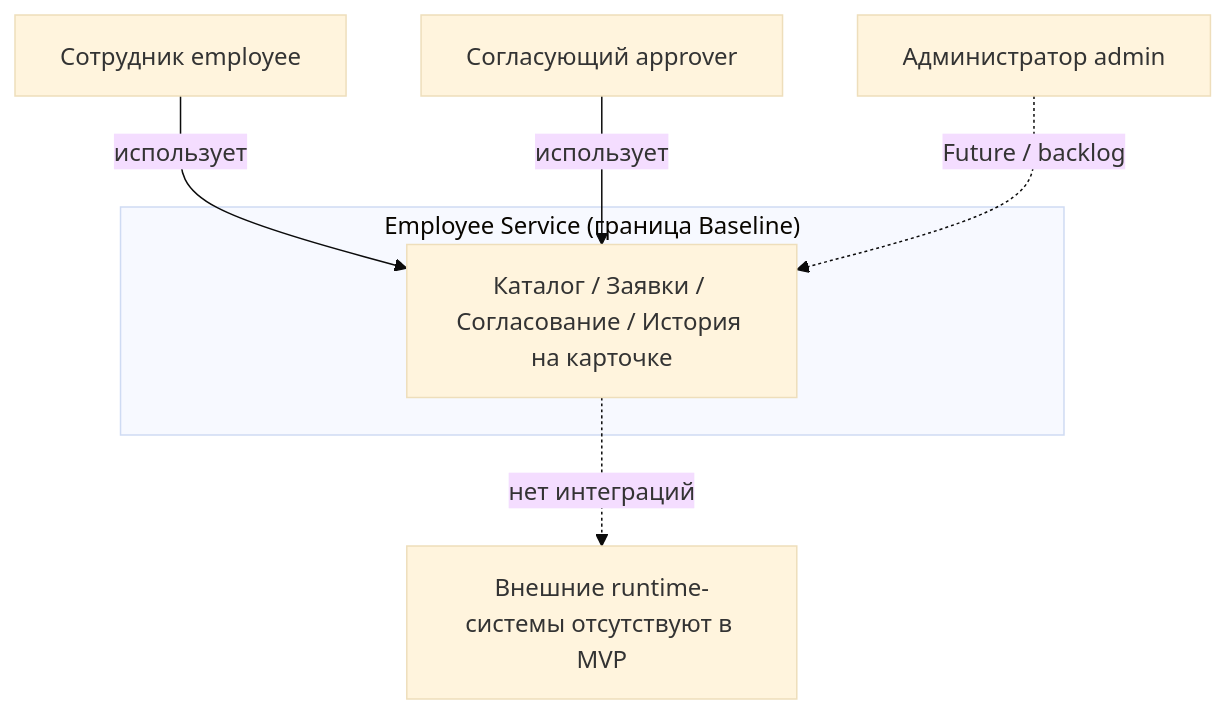
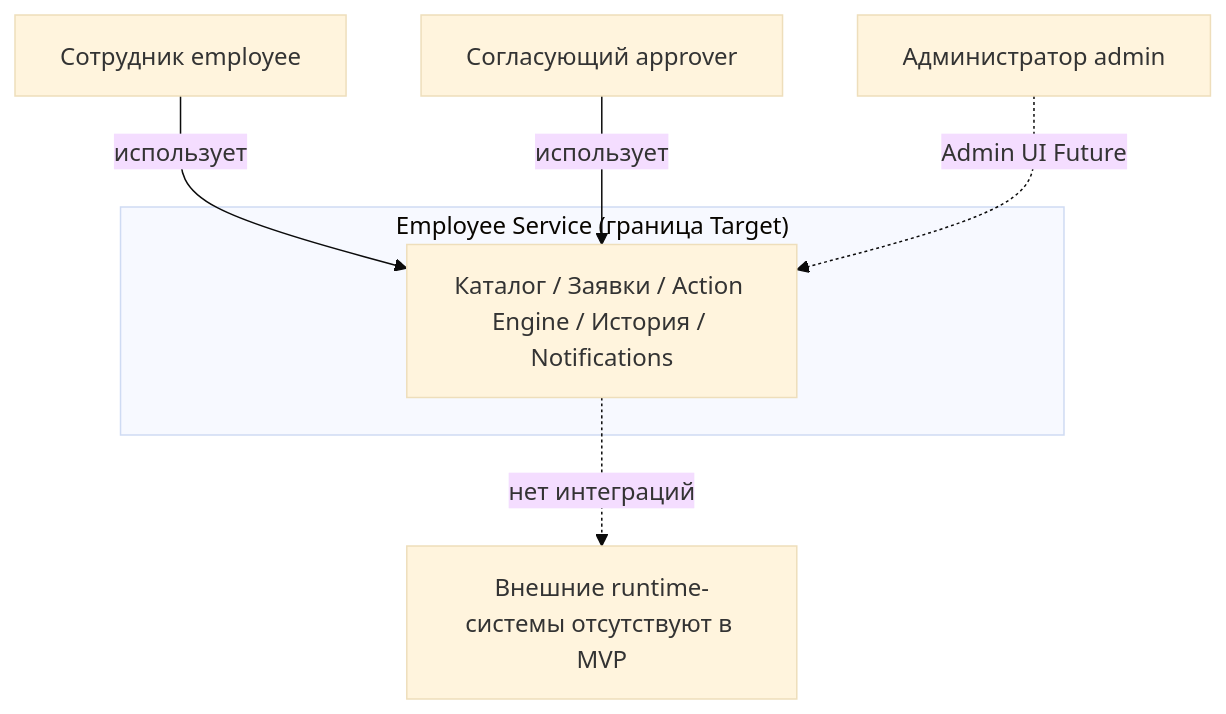
One commit to egoryasuk96/pet-project-hr-tech- changed the diagram in docs/03-diagrams/architecture/context-diagram.md. Above: the diagram before and after it, drawn with Mermaid (base theme). The commit also changed other lines of this file and 125 other files, not shown here.

````diff
--- a/docs/03-diagrams/architecture/context-diagram.md
+++ b/docs/03-diagrams/architecture/context-diagram.md
@@ -48,17 +50,17 @@
 ```mermaid
 flowchart TB
   Emp[Сотрудник employee]
   Apr[Согласующий approver]
   Adm[Администратор admin]
 
-  subgraph ES["Employee Service (граница Baseline)"]
-    Core[Каталог / Заявки / Согласование / История на карточке]
+  subgraph ES["Employee Service (граница Target)"]
+    Core[Каталог / Заявки / Action Engine / История / Notifications]
   end
 
   Emp -->|использует| Core
   Apr -->|использует| Core
-  Adm -.->|Future / backlog| Core
+  Adm -.->|Admin UI Future| Core
 
   NoteOut[Внешние runtime-системы отсутствуют в MVP]
   Core -.->|нет интеграций| NoteOut
 ```
````
